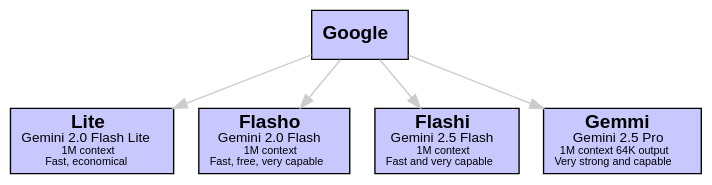
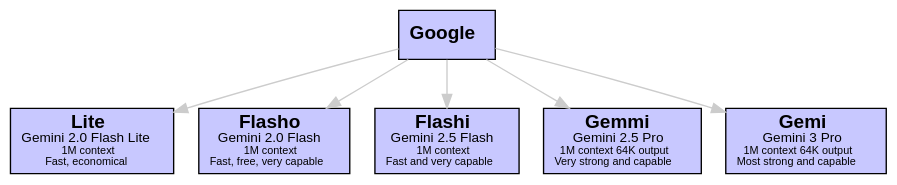
Before and after one commit to sswam/allemande: the seventh of 14 diagrams in doc/guide.md, drawn with Graphviz. The commit also changed other lines of this file and 3 other files, not shown here.

First line of the commit message:
feat(llm): add Gemini 3 Pro model support

````diff
--- a/doc/guide.md
+++ b/doc/guide.md
@@ -518,18 +518,20 @@
 ```dot
 digraph Google {
     graph [bgcolor=transparent]
     edge [color="#CCCCCC"]
     node [shape=box, style=filled, fillcolor="#C8C8FF", fontname="Helvetica"]
 
     "Google" [label=<<b>Google</b>>]
     "Lite" [label=<<b>Lite</b><br/><font point-size="10">Gemini 2.0 Flash Lite</font><br/><font point-size="8">1M context</font><br/><font point-size="8">Fast, economical</font>>]
     "Flasho" [label=<<b>Flasho</b><br/><font point-size="10">Gemini 2.0 Flash</font><br/><font point-size="8">1M context</font><br/><font point-size="8">Fast, free, very capable</font>>]
     "Flashi" [label=<<b>Flashi</b><br/><font point-size="10">Gemini 2.5 Flash</font><br/><font point-size="8">1M context</font><br/><font point-size="8">Fast and very capable</font>>]
     "Gemmi" [label=<<b>Gemmi</b><br/><font point-size="10">Gemini 2.5 Pro</font><br/><font point-size="8">1M context 64K output</font><br/><font point-size="8">Very strong and capable</font>>]
+    "Gemi" [label=<<b>Gemi</b><br/><font point-size="10">Gemini 3 Pro</font><br/><font point-size="8">1M context 64K output</font><br/><font point-size="8">Most strong and capable</font>>]
 
     "Google" -> "Lite"
     "Google" -> "Flasho"
     "Google" -> "Flashi"
     "Google" -> "Gemmi"
+    "Google" -> "Gemi"
 }
 ```
````
